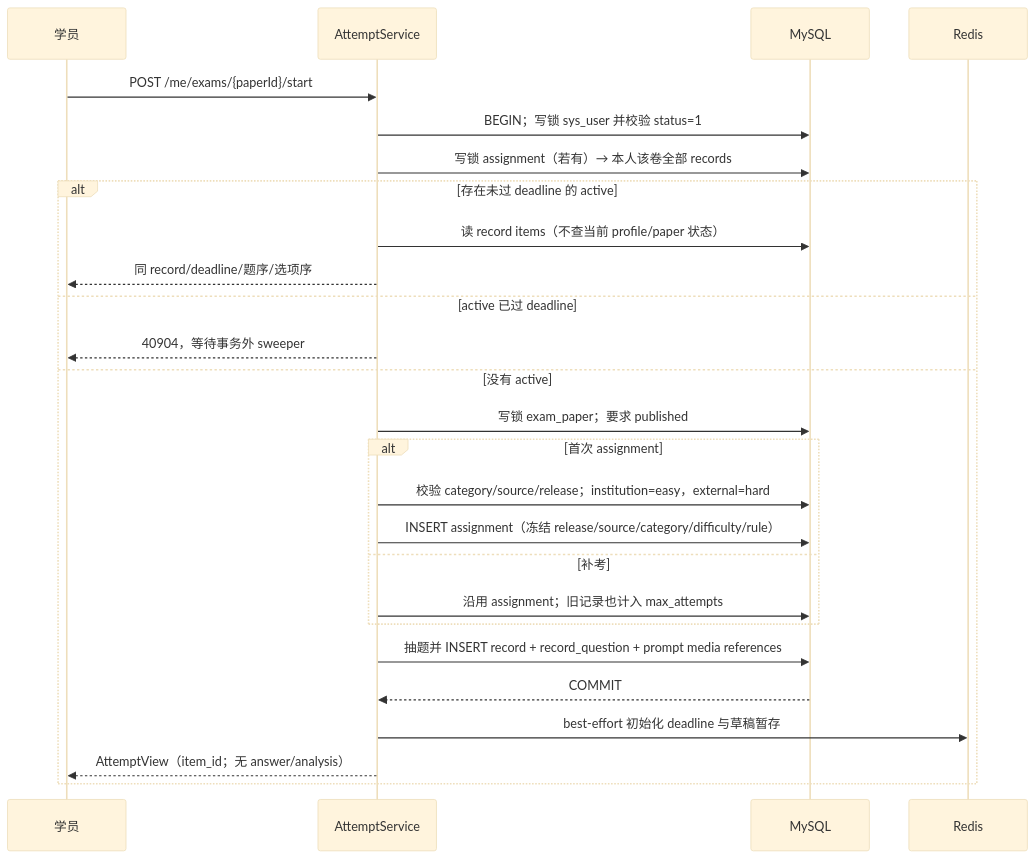
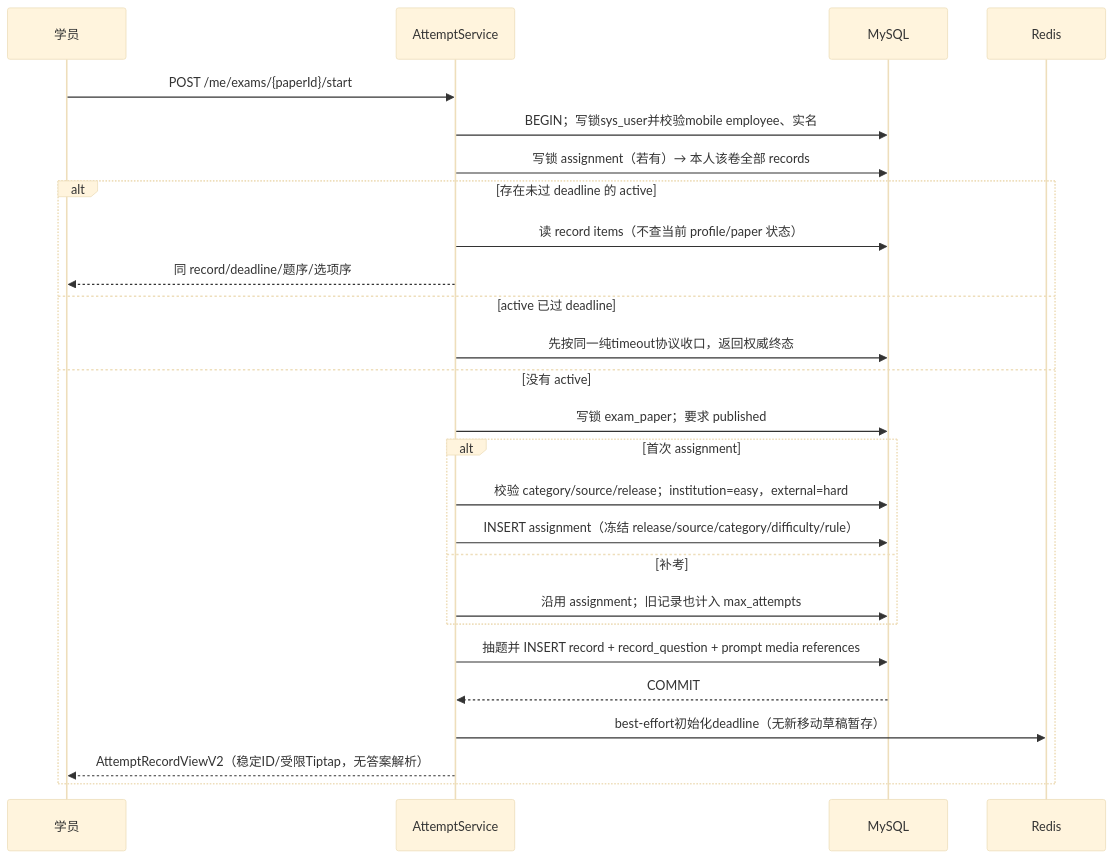
Before and after one commit to caoguanjie/emodor-exam: diagram 18 of 23 in docs/design/06-关键流程.md, drawn with Mermaid (base theme). The commit also changed other lines of this file and 302 other files, not shown here.

````diff
--- a/docs/design/06-关键流程.md
+++ b/docs/design/06-关键流程.md
@@ -907,29 +899,29 @@
 ```mermaid
 sequenceDiagram
     participant U as 学员
     participant A as AttemptService
     participant DB as MySQL
     participant R as Redis
 
     U->>A: POST /me/exams/{paperId}/start
-    A->>DB: BEGIN；写锁 sys_user 并校验 status=1
+    A->>DB: BEGIN；写锁sys_user并校验mobile employee、实名
     A->>DB: 写锁 assignment（若有）→ 本人该卷全部 records
     alt 存在未过 deadline 的 active
         A->>DB: 读 record items（不查当前 profile/paper 状态）
         A-->>U: 同 record/deadline/题序/选项序
     else active 已过 deadline
-        A-->>U: 40904，等待事务外 sweeper
+        A->>DB: 先按同一纯timeout协议收口，返回权威终态
     else 没有 active
         A->>DB: 写锁 exam_paper；要求 published
         alt 首次 assignment
             A->>DB: 校验 category/source/release；institution=easy，external=hard
             A->>DB: INSERT assignment（冻结 release/source/category/difficulty/rule）
         else 补考
             A->>DB: 沿用 assignment；旧记录也计入 max_attempts
         end
         A->>DB: 抽题并 INSERT record + record_question + prompt media references
         DB-->>A: COMMIT
-        A->>R: best-effort 初始化 deadline 与草稿暂存
-        A-->>U: AttemptView（item_id；无 answer/analysis）
+        A->>R: best-effort初始化deadline（无新移动草稿暂存）
+        A-->>U: AttemptRecordViewV2（稳定ID/受限Tiptap，无答案解析）
     end
 ```
````
